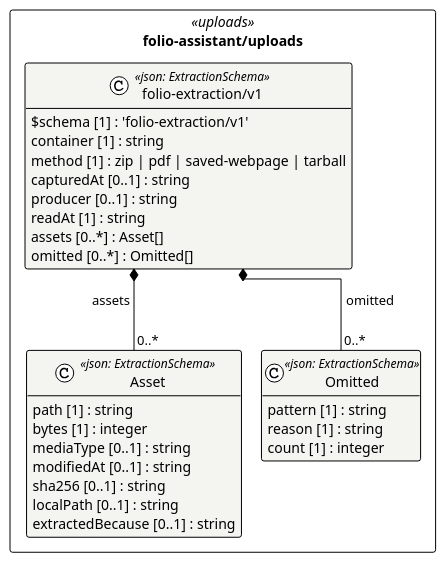
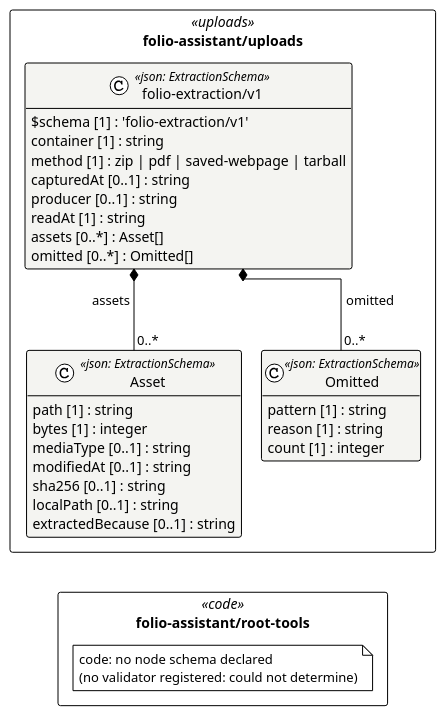
One commit to litlfred/folio-assistant changed the diagram in cat-harness/uml/overview/folio-assistant.puml. Above: the diagram before and after it, drawn with PlantUML. The commit also changed 31 other files, not shown here.

First line of the commit message:
0uu2: declare deploy/ and tools/; ns/ and ui/ do not compile, with the reasons

```diff
--- a/cat-harness/uml/overview/folio-assistant.puml
+++ b/cat-harness/uml/overview/folio-assistant.puml
@@ -3,38 +3,43 @@
 @startuml folio_assistant
 !pragma layout elk
 !theme plain
 skinparam classAttributeIconSize 0
 skinparam shadowing false
 skinparam packageStyle rectangle
 hide empty methods
 
 package "folio-assistant/uploads" as pkg_folio_assistant_uploads <<uploads>> {
   class "Asset" as folio_assistant_uploads_folio_extraction_v1_Asset <<json: ExtractionSchema>> #f4f4f1 {
     path [1] : string
     bytes [1] : integer
     mediaType [0..1] : string
     modifiedAt [0..1] : string
     sha256 [0..1] : string
     localPath [0..1] : string
     extractedBecause [0..1] : string
   }
   class "Omitted" as folio_assistant_uploads_folio_extraction_v1_Omitted <<json: ExtractionSchema>> #f4f4f1 {
     pattern [1] : string
     reason [1] : string
     count [1] : integer
   }
   class "folio-extraction/v1" as folio_assistant_uploads_folio_extraction_v1_folio_extraction_v1 <<json: ExtractionSchema>> #f4f4f1 {
     $schema [1] : 'folio-extraction/v1'
     container [1] : string
     method [1] : zip | pdf | saved-webpage | tarball
     capturedAt [0..1] : string
     producer [0..1] : string
     readAt [1] : string
     assets [0..*] : Asset[]
     omitted [0..*] : Omitted[]
   }
 }
+package "folio-assistant/root-tools" as pkg_folio_assistant_root_tools <<code>> {
+  note "code: no node schema declared\n(no validator registered: could not determine)" as n_folio_assistant_root_tools_code
+}
 
 folio_assistant_uploads_folio_extraction_v1_folio_extraction_v1 *-- "0..*" folio_assistant_uploads_folio_extraction_v1_Asset : assets
 folio_assistant_uploads_folio_extraction_v1_folio_extraction_v1 *-- "0..*" folio_assistant_uploads_folio_extraction_v1_Omitted : omitted
+' grid: portrait, 1 column(s) — pkg_folio_assistant_uploads pkg_folio_assistant_root_tools
+pkg_folio_assistant_uploads -[hidden]down- pkg_folio_assistant_root_tools
 @enduml
```
